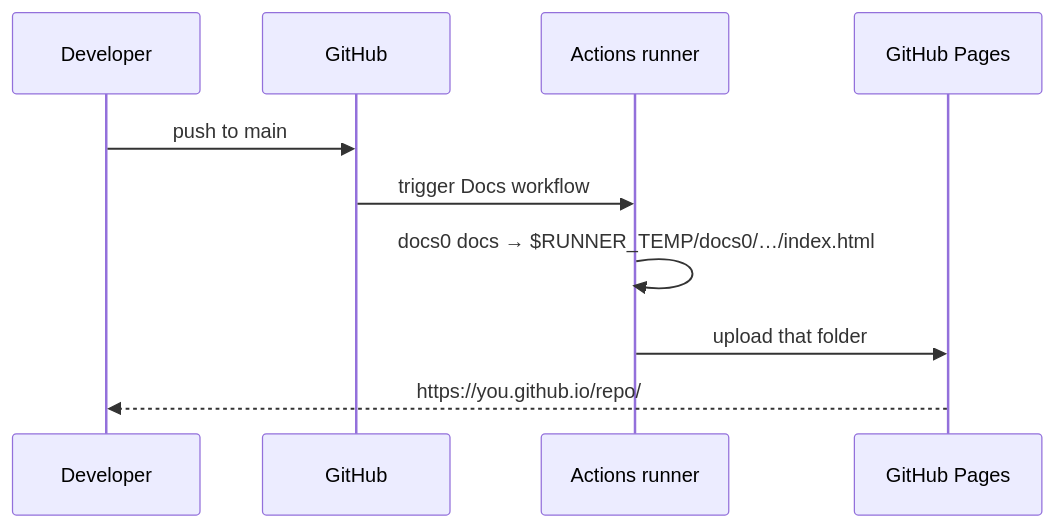
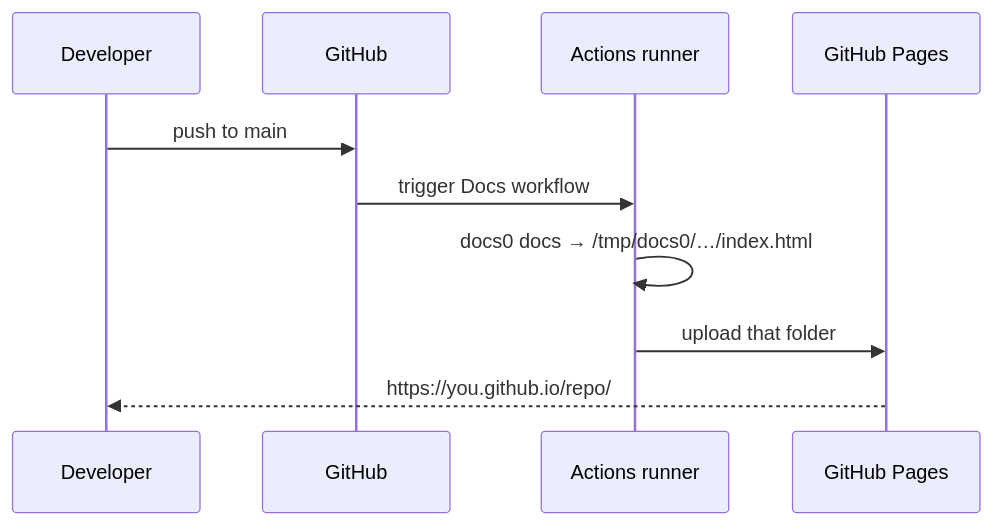
Before and after one commit to tforster/docs0: the diagram in docs/02-guides/04-publishing.md, drawn with Mermaid. The commit also changed 1 other file, not shown here.

Commit message:
Docs: GitHub-hosted runners use /tmp, not $RUNNER_TEMP

````diff
--- a/docs/02-guides/04-publishing.md
+++ b/docs/02-guides/04-publishing.md
@@ -54,12 +54,12 @@
 ```mermaid
 sequenceDiagram
   participant Dev as Developer
   participant GH as GitHub
   participant Runner as Actions runner
   participant Pages as GitHub Pages
   Dev->>GH: push to main
   GH->>Runner: trigger Docs workflow
-  Runner->>Runner: docs0 docs → $RUNNER_TEMP/docs0/…/index.html
+  Runner->>Runner: docs0 docs → /tmp/docs0/…/index.html
   Runner->>Pages: upload that folder
   Pages-->>Dev: https://you.github.io/repo/
 ```
````
